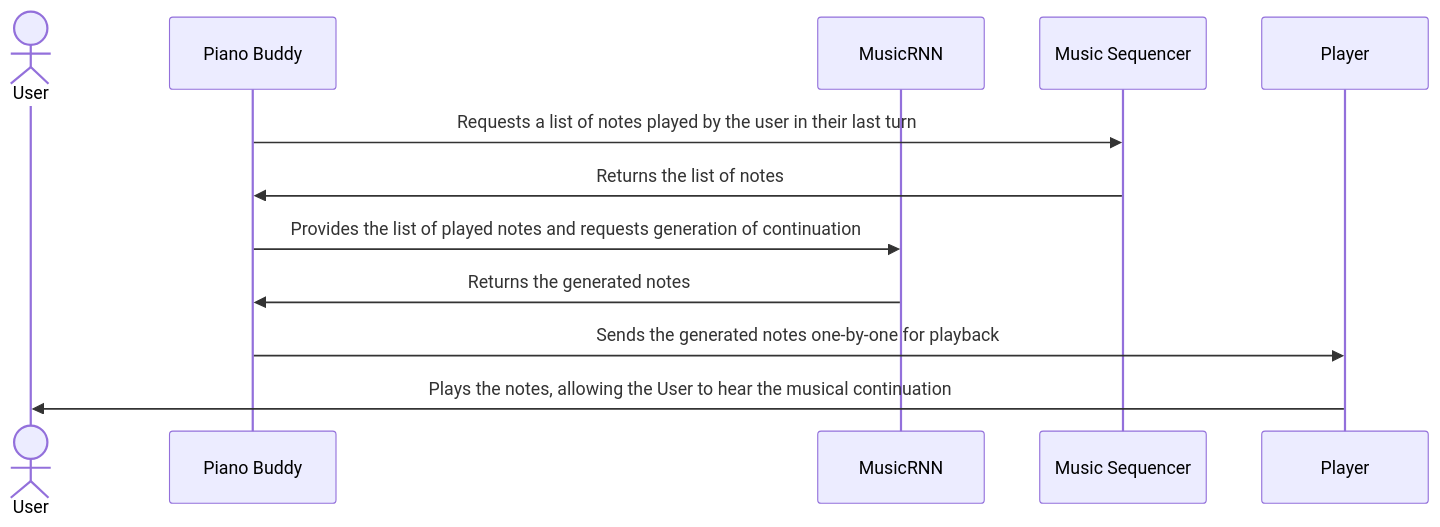
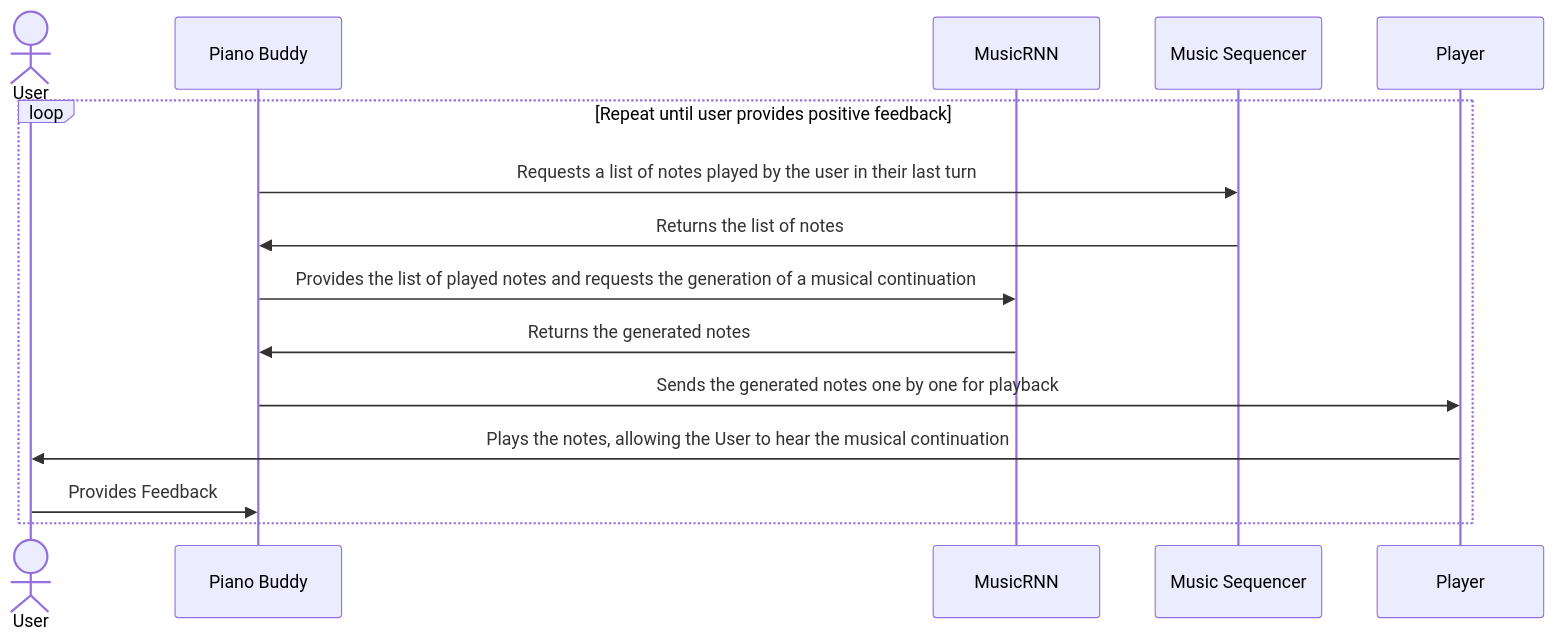
Before and after one commit to NastaranMO/piano-buddy: the second of 2 diagrams in README.md, drawn with Mermaid.

Commit message:
add feedback loop

````diff
--- a/README.md
+++ b/README.md
@@ -98,17 +98,20 @@
 ```mermaid
 sequenceDiagram
-    actor User as User
-    participant Buddy as Piano Buddy
-    participant RNN as MusicRNN
-    participant Seq as Music Sequencer
-    participant Player as Player
-    
-    Buddy->>Seq: Requests a list of notes played by the user in their last turn
-    Seq->>Buddy: Returns the list of notes
-    Buddy->>RNN: Provides the list of played notes and requests generation of continuation
-    RNN->>Buddy: Returns the generated notes
-    Buddy->>Player: Sends the generated notes one-by-one for playback
-    Player->>User: Plays the notes, allowing the User to hear the musical continuation
+    loop Repeat until user provides positive feedback
+      actor User as User
+      participant Buddy as Piano Buddy
+      participant RNN as MusicRNN
+      participant Seq as Music Sequencer
+      participant Player as Player
+      
+      Buddy->>Seq: Requests a list of notes played by the user in their last turn
+      Seq->>Buddy: Returns the list of notes
+      Buddy->>RNN: Provides the list of played notes and requests the generation of a musical continuation
+      RNN->>Buddy: Returns the generated notes
+      Buddy->>Player: Sends the generated notes one by one for playback
+      Player->>User: Plays the notes, allowing the User to hear the musical continuation
+      User->>Buddy: Provides Feedback 
+    end
 
 
 ```
````
